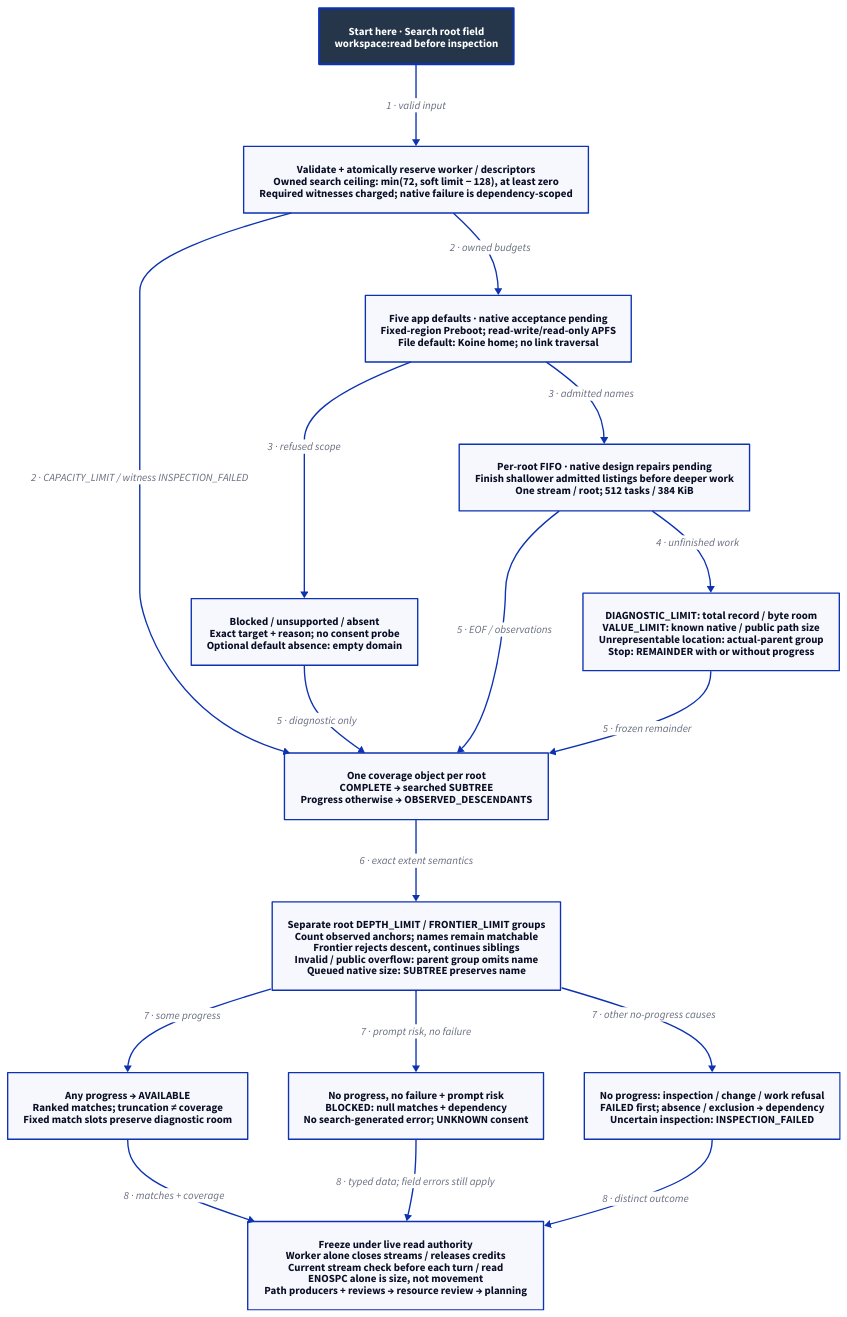
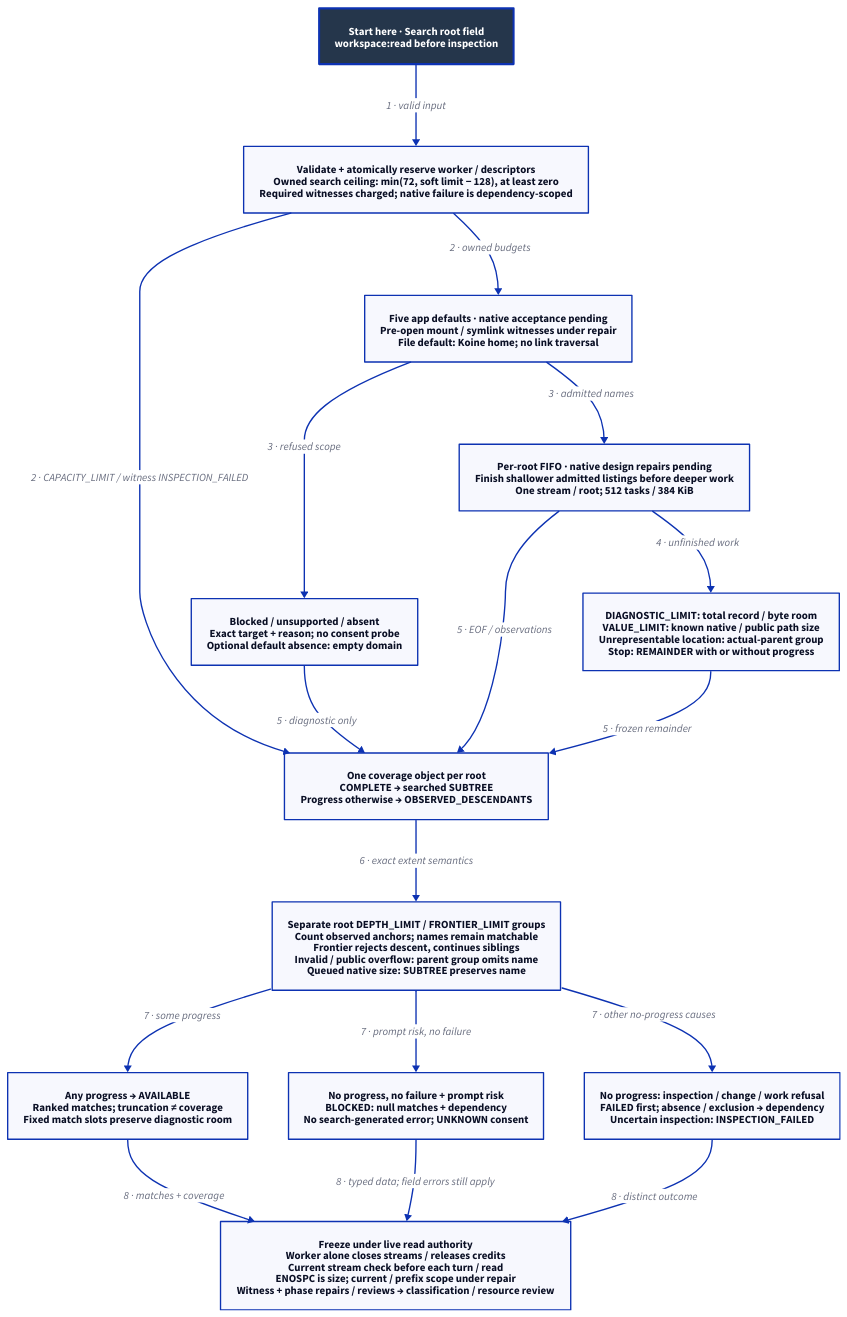
The diagram in docs/design/architecture/search-coverage.d2 (Linkuistics/Koine), drawn with D2 before and after one commit. The commit also changed 36 other files, not shown here.

Commit message:
search-path-resolution-k125: integrate review and route path prerequisites

```diff
--- a/docs/design/architecture/search-coverage.d2
+++ b/docs/design/architecture/search-coverage.d2
@@ -1,33 +1,33 @@
 # Designed flow; arrows show order/guards, not checked temporal guarantees.
 direction: down
 classes: {
   start: {style: {fill: "#25364B"; font-color: "#FFFFFF"; bold: true; stroke-width: 3}}
 }
 Start: "Start here · Search root field\nworkspace:read before inspection" {class: start}
 Reserve: "Validate + atomically reserve worker / descriptors\nOwned search ceiling: min(72, soft limit − 128), at least zero\nRequired witnesses charged; native failure is dependency-scoped"
-Admission: "Five app defaults · native acceptance pending\nFixed-region Preboot; read-write/read-only APFS\nFile default: Koine home; no link traversal"
+Admission: "Five app defaults · native acceptance pending\nPre-open mount / symlink witnesses under repair\nFile default: Koine home; no link traversal"
 Skip: "Blocked / unsupported / absent\nExact target + reason; no consent probe\nOptional default absence: empty domain"
 Scan: "Per-root FIFO · native design repairs pending\nFinish shallower admitted listings before deeper work\nOne stream / root; 512 tasks / 384 KiB"
 Bounds: "DIAGNOSTIC_LIMIT: total record / byte room\nVALUE_LIMIT: known native / public path size\nUnrepresentable location: actual-parent group\nStop: REMAINDER with or without progress"
 Coverage: "One coverage object per root\nCOMPLETE → searched SUBTREE\nProgress otherwise → OBSERVED_DESCENDANTS"
 Groups: "Separate root DEPTH_LIMIT / FRONTIER_LIMIT groups\nCount observed anchors; names remain matchable\nFrontier rejects descent, continues siblings\nInvalid / public overflow: parent group omits name\nQueued native size: SUBTREE preserves name"
 Available: "Any progress → AVAILABLE\nRanked matches; truncation ≠ coverage\nFixed match slots preserve diagnostic room"
 Blocked: "No progress, no failure + prompt risk\nBLOCKED: null matches + dependency\nNo search-generated error; UNKNOWN consent"
 Other: "No progress: inspection / change / work refusal\nFAILED first; absence / exclusion → dependency\nUncertain inspection: INSPECTION_FAILED"
-Publish: "Freeze under live read authority\nWorker alone closes streams / releases credits\nCurrent stream check before each turn / read\nENOSPC alone is size, not movement\nPath producers + reviews → resource review → planning"
+Publish: "Freeze under live read authority\nWorker alone closes streams / releases credits\nCurrent stream check before each turn / read\nENOSPC is size; current / prefix scope under repair\nWitness + phase repairs / reviews → classification / resource review"
 Start -> Reserve: "1 · valid input"
 Reserve -> Admission: "2 · owned budgets"
 Reserve -> Coverage: "2 · CAPACITY_LIMIT / witness INSPECTION_FAILED"
 Admission -> Skip: "3 · refused scope"
 Admission -> Scan: "3 · admitted names"
 Scan -> Bounds: "4 · unfinished work"
 Skip -> Coverage: "5 · diagnostic only"
 Scan -> Coverage: "5 · EOF / observations"
 Bounds -> Coverage: "5 · frozen remainder"
 Coverage -> Groups: "6 · exact extent semantics"
 Groups -> Available: "7 · some progress"
 Groups -> Blocked: "7 · prompt risk, no failure"
 Groups -> Other: "7 · other no-progress causes"
 Available -> Publish: "8 · matches + coverage"
 Blocked -> Publish: "8 · typed data; field errors still apply"
 Other -> Publish: "8 · distinct outcome"
```
